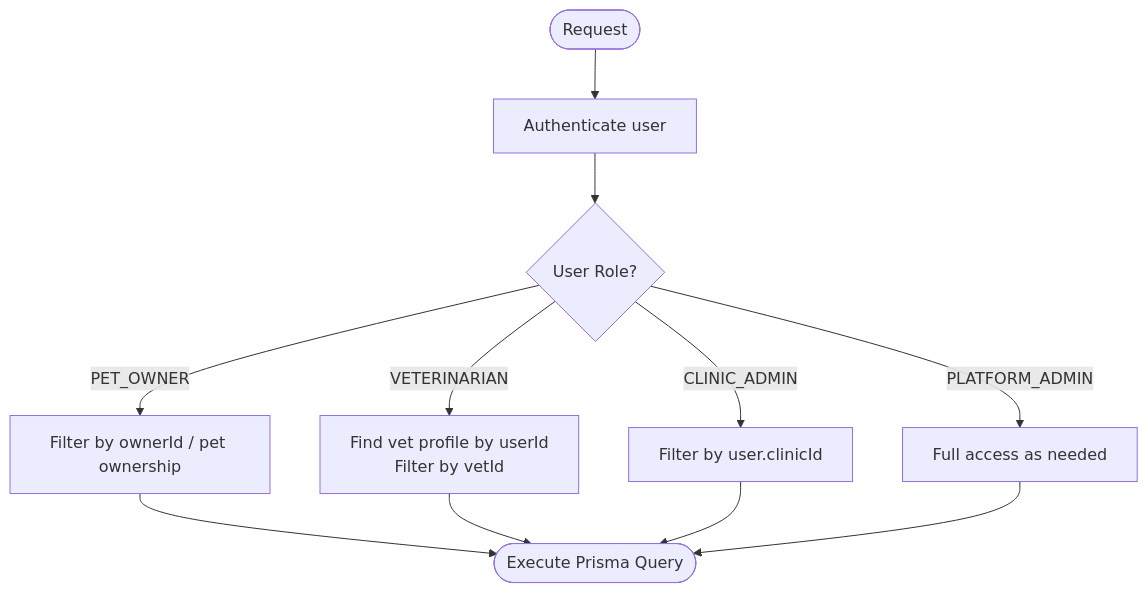
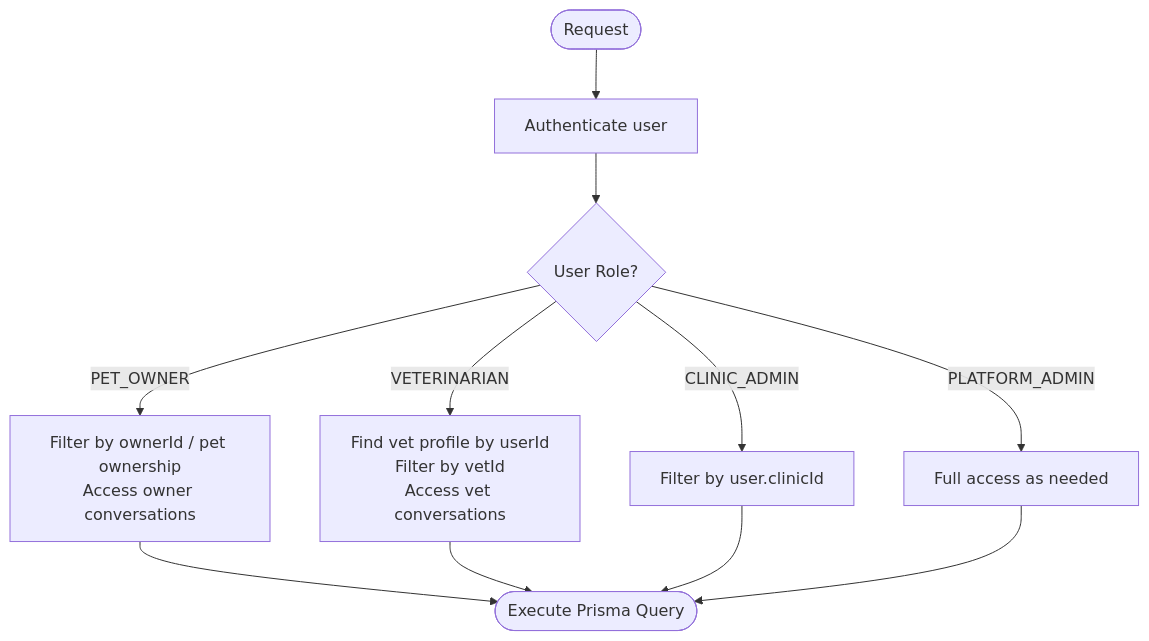
Before and after one commit to Javeria-Javaid/ai-powered-pet-healthcare-ecosystem: the third of 10 diagrams in .qoder/repowiki/en/content/System Architecture/Database Design & Schema.md, drawn with Mermaid. The commit also changed other lines of this file and 37 other files, not shown here.

````diff
--- a/.qoder/repowiki/en/content/System Architecture/Database Design & Schema.md
+++ b/.qoder/repowiki/en/content/System Architecture/Database Design & Schema.md
@@ -119,13 +141,13 @@
 ```mermaid
 flowchart TD
 Start(["Request"]) --> Auth["Authenticate user"]
 Auth --> Role{"User Role?"}
-Role --> |PET_OWNER| OwnerOps["Filter by ownerId / pet ownership"]
-Role --> |VETERINARIAN| VetOps["Find vet profile by userId<br/>Filter by vetId"]
+Role --> |PET_OWNER| OwnerOps["Filter by ownerId / pet ownership<br/>Access owner conversations"]
+Role --> |VETERINARIAN| VetOps["Find vet profile by userId<br/>Filter by vetId<br/>Access vet conversations"]
 Role --> |CLINIC_ADMIN| AdminOps["Filter by user.clinicId"]
 Role --> |PLATFORM_ADMIN| PlatformOps["Full access as needed"]
 OwnerOps --> End(["Execute Prisma Query"])
 VetOps --> End
 AdminOps --> End
 PlatformOps --> End
 ```
````
